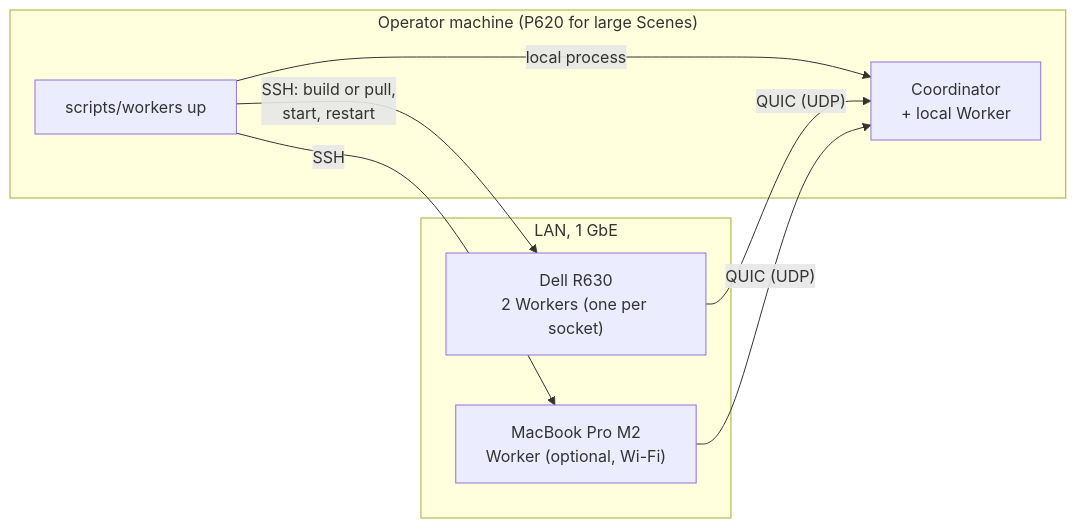
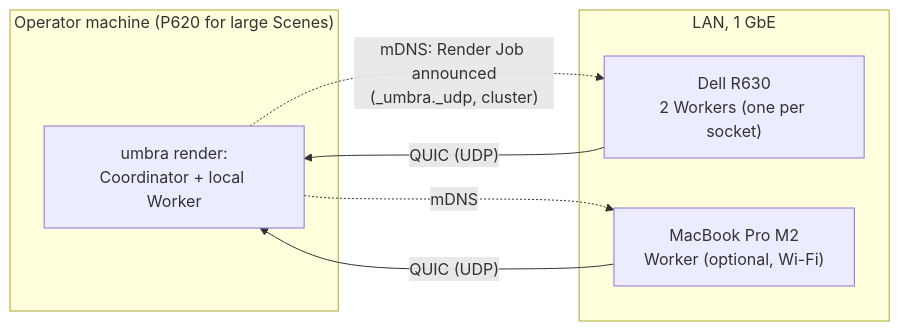
One commit to sergioffpc/umbra changed the diagram in docs/architecture/07-deployment-view.md. Above: the diagram before and after it, drawn with Mermaid. The commit also changed other lines of this file and 17 other files, not shown here.

First line of the commit message:
docs: replace the launch script with plug-and-play workers

````diff
--- a/docs/architecture/07-deployment-view.md
+++ b/docs/architecture/07-deployment-view.md
@@ -49,16 +49,14 @@
 ```mermaid
 flowchart LR
     subgraph op["Operator machine (P620 for large Scenes)"]
-        script["scripts/workers up"]
-        coord["Coordinator<br/>+ local Worker"]
+        coord["umbra render:<br/>Coordinator + local Worker"]
     end
     subgraph lan["LAN, 1 GbE"]
         r630["Dell R630<br/>2 Workers (one per socket)"]
         mac["MacBook Pro M2<br/>Worker (optional, Wi-Fi)"]
     end
-    script -- "local process" --> coord
-    script -- "SSH: build or pull,<br/>start, restart" --> r630
-    script -- SSH --> mac
+    coord -. "mDNS: Render Job announced<br/>(_umbra._udp, cluster)" .-> r630
+    coord -. "mDNS" .-> mac
     r630 -- "QUIC (UDP)" --> coord
     mac -- "QUIC (UDP)" --> coord
 ```
````
